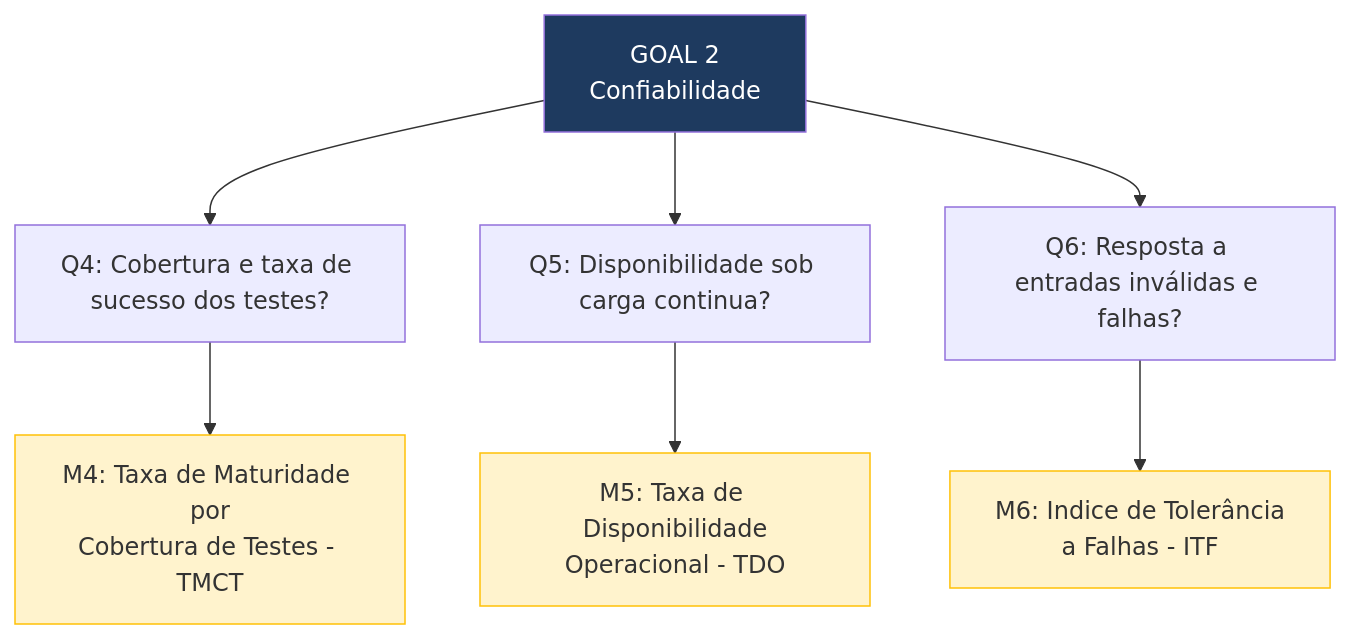
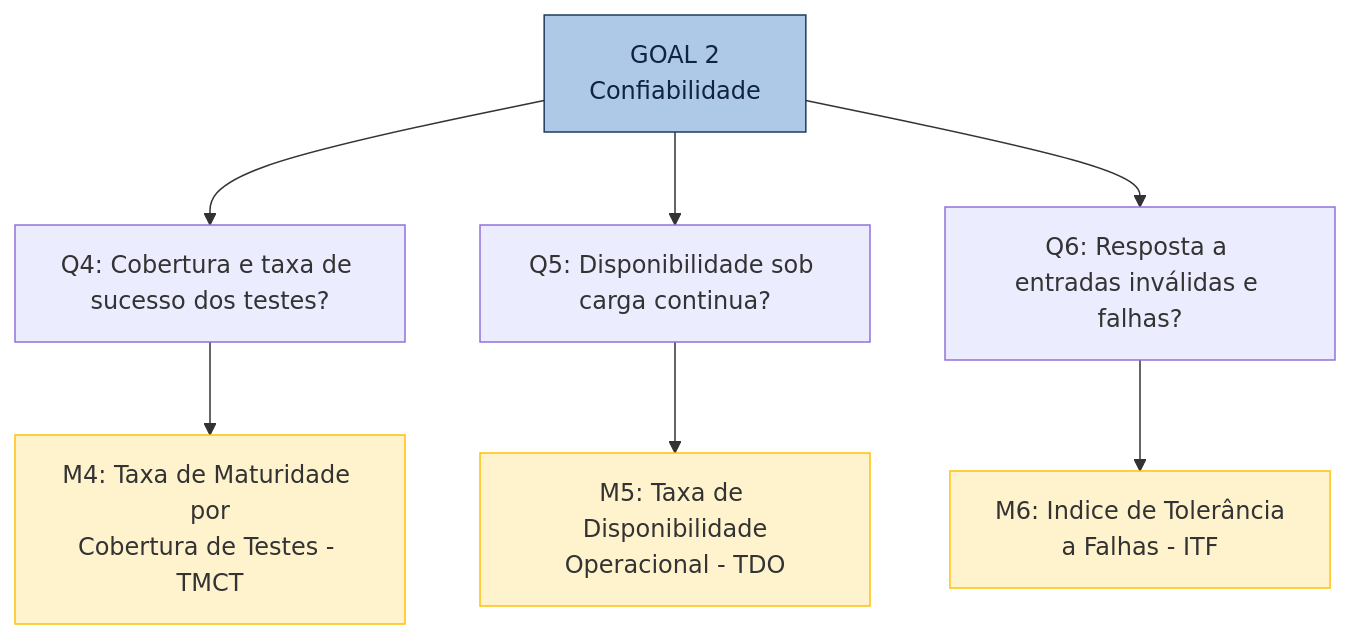
One commit to FCTE-Qualidade-de-Software-1/2026-1_T01_FRANS_BILAS changed the diagram in docs/fase2/confiabilidade.md. Above: the diagram before and after it, drawn with Mermaid. The commit also changed 4 other files, not shown here.

Commit message:
feat: Recolore/refatora  os diagramas das fases 1 e 2

````diff
--- a/docs/fase2/confiabilidade.md
+++ b/docs/fase2/confiabilidade.md
@@ -25,15 +25,15 @@
 ```mermaid
 graph TD
     G2["GOAL 2<br>Confiabilidade"]
     G2 --> Q4["Q4: Cobertura e taxa de sucesso dos testes?"]
     G2 --> Q5["Q5: Disponibilidade sob carga continua?"]
     G2 --> Q6["Q6: Resposta a entradas inválidas e falhas?"]
     Q4 --> M4["M4: Taxa de Maturidade por<br>Cobertura de Testes - TMCT"]
     Q5 --> M5["M5: Taxa de Disponibilidade<br>Operacional - TDO"]
     Q6 --> M6["M6: Indice de Tolerância<br>a Falhas - ITF"]
 
-    style G2 fill:#1E3A5F,color:#fff
+    style G2 fill:#AEC9E8,stroke:#1E3A5F,color:#10243F
     style M4 fill:#fff3cd,stroke:#ffc107
     style M5 fill:#fff3cd,stroke:#ffc107
     style M6 fill:#fff3cd,stroke:#ffc107
 ```
````
